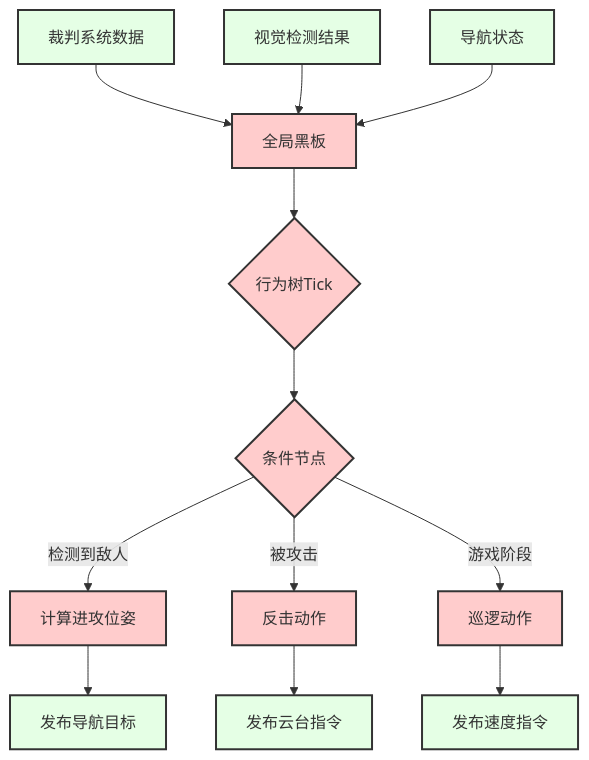
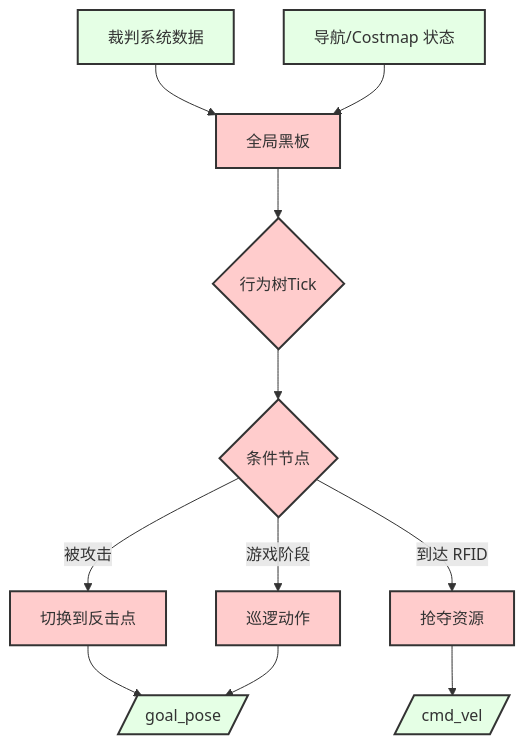
The fourth of 7 diagrams in docs/01_系统架构.md (happywosabi/pb2025_sentry_ws), drawn with Mermaid before and after one commit. The commit also changed other lines of this file and 12 other files, not shown here.

````diff
--- a/docs/01_系统架构.md
+++ b/docs/01_系统架构.md
@@ -188,23 +189,22 @@
 ```mermaid
 graph TB
     A[裁判系统数据] --> B[全局黑板]
-    C[视觉检测结果] --> B
-    D[导航状态] --> B
+    D[导航/Costmap 状态] --> B
 
     B --> E{行为树Tick}
 
     E --> F{条件节点}
-    F --> |检测到敌人| G[计算进攻位姿]
-    F --> |被攻击| H[反击动作]
+    F --> |被攻击| H[切换到反击点]
     F --> |游戏阶段| I[巡逻动作]
+    F --> |到达 RFID| J[抢夺资源]
 
-    G --> J[发布导航目标]
-    H --> K[发布云台指令]
-    I --> L[发布速度指令]
+    H --> K[/goal_pose/]
+    I --> K
+    J --> L[/cmd_vel/]
 
     classDef dataClass fill:#E5FFE5,stroke:#333,stroke-width:2px
     classDef decisionClass fill:#FFCCCC,stroke:#333,stroke-width:2px
 
-    class A,C,D,J,K,L dataClass
-    class B,E,F,G,H,I decisionClass
+    class A,D,K,L dataClass
+    class B,E,F,H,I,J decisionClass
 ```
````
